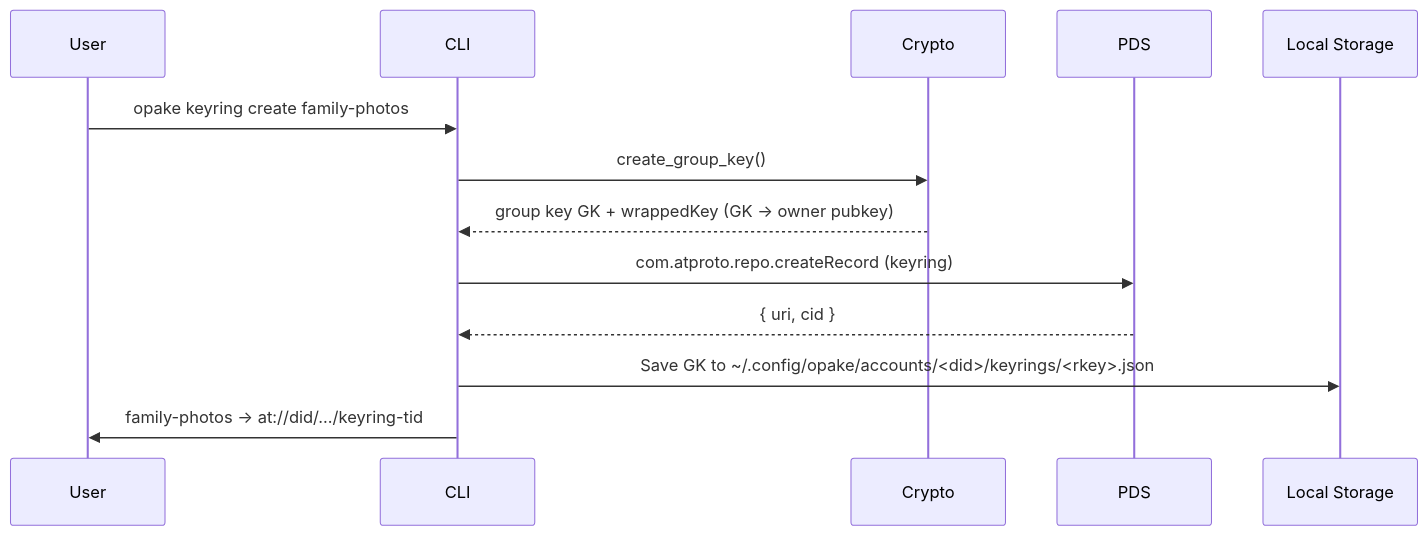
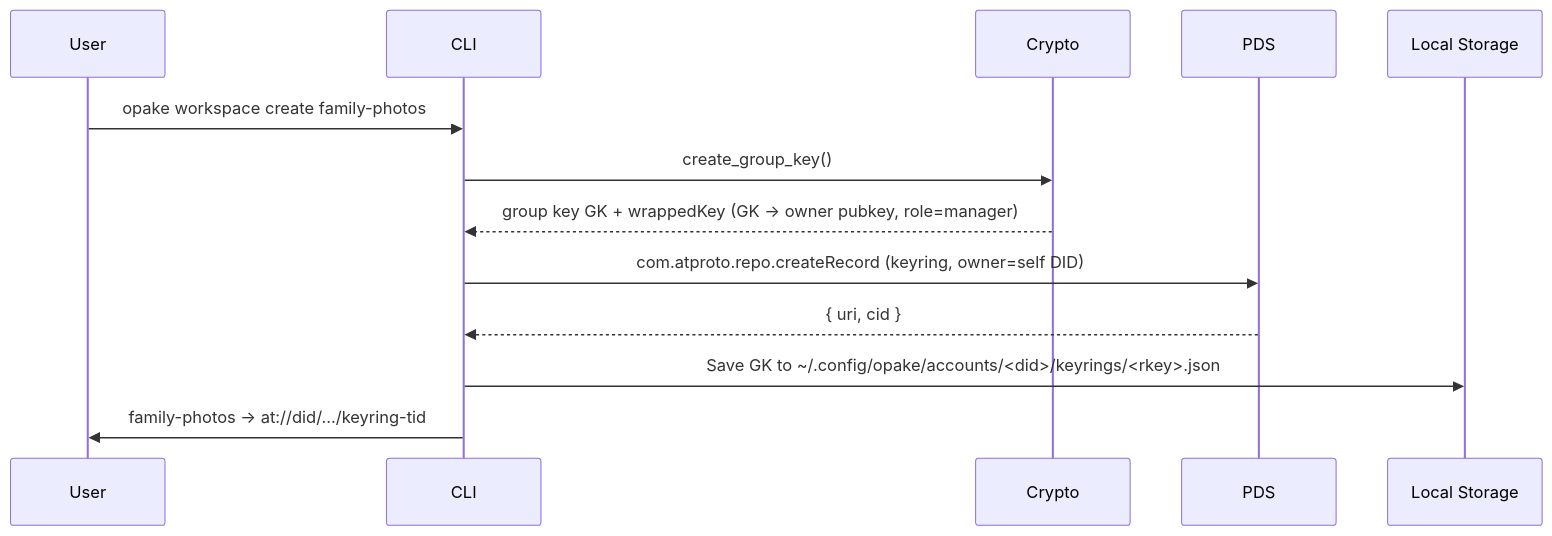
Before and after one commit to Sans-Self/Opake: the second of 7 diagrams in docs/flows/keyrings.md, drawn with Mermaid. The commit also changed other lines of this file and 363 other files, not shown here.

````diff
--- a/docs/flows/keyrings.md
+++ b/docs/flows/keyrings.md
@@ -36,20 +36,20 @@
 ```mermaid
 sequenceDiagram
     participant User
     participant CLI
     participant Crypto
     participant PDS
     participant Disk as Local Storage
 
-    User->>CLI: opake keyring create family-photos
+    User->>CLI: opake workspace create family-photos
 
     CLI->>Crypto: create_group_key()
-    Crypto-->>CLI: group key GK + wrappedKey (GK → owner pubkey)
+    Crypto-->>CLI: group key GK + wrappedKey (GK → owner pubkey, role=manager)
 
-    CLI->>PDS: com.atproto.repo.createRecord (keyring)
+    CLI->>PDS: com.atproto.repo.createRecord (keyring, owner=self DID)
     PDS-->>CLI: { uri, cid }
 
     CLI->>Disk: Save GK to ~/.config/opake/accounts/<did>/keyrings/<rkey>.json
 
     CLI->>User: family-photos → at://did/.../keyring-tid
 ```
````
